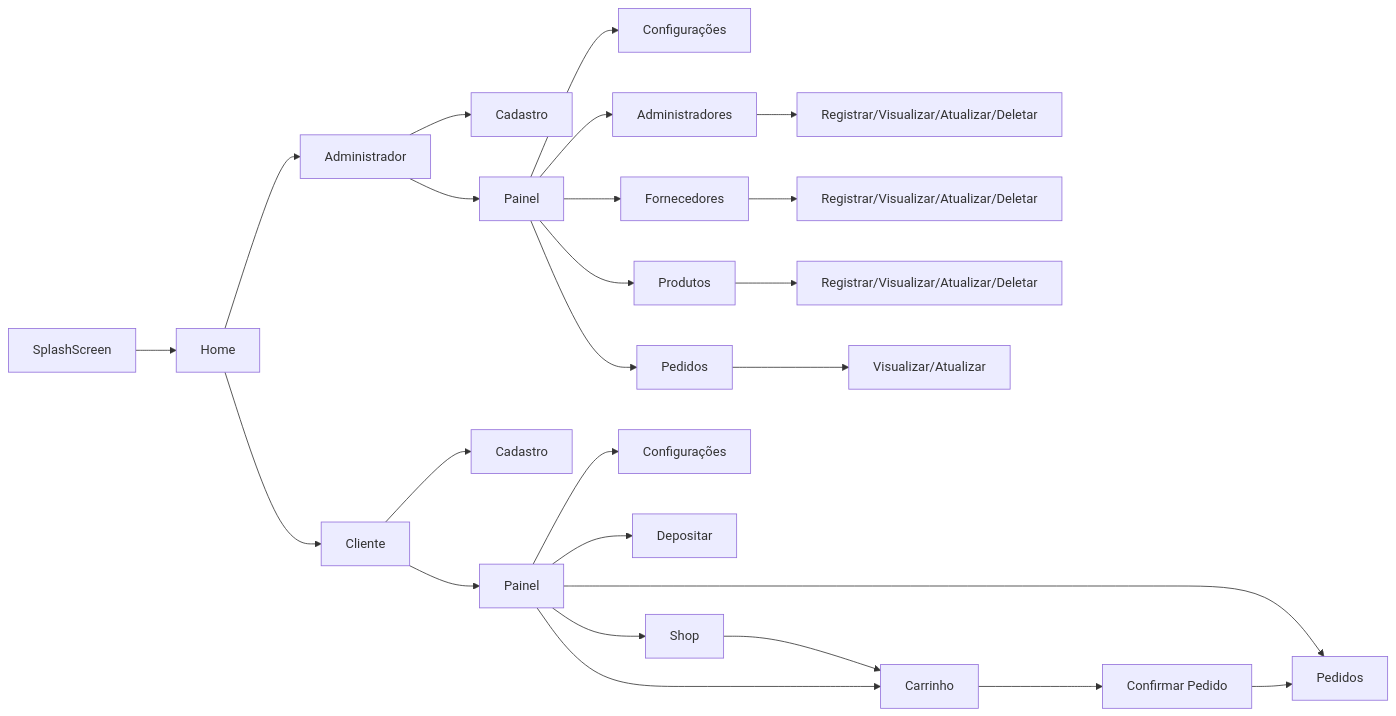
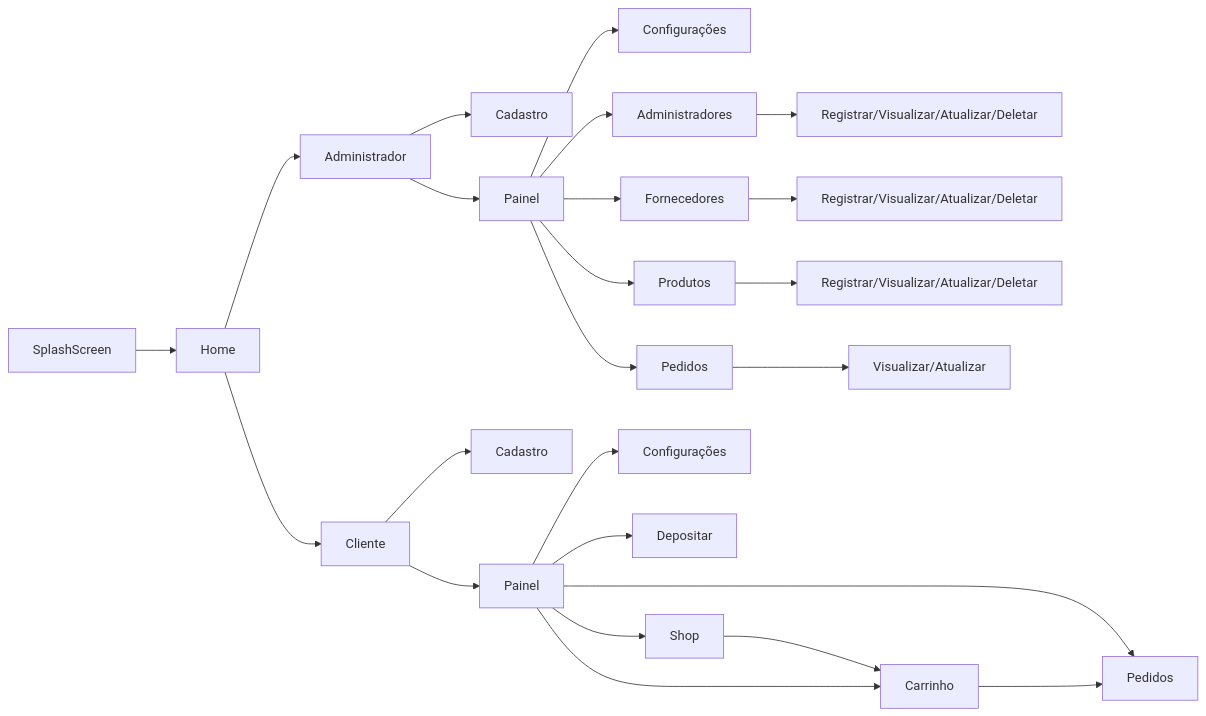
The diagram in Diagram/FLOWCHART.mermaid (WhitePoodleMoth/TrendStyle), drawn with Mermaid before and after one commit.

```diff
--- a/Diagram/FLOWCHART.mermaid
+++ b/Diagram/FLOWCHART.mermaid
@@ -1,36 +1,35 @@
 graph LR
     splash[SplashScreen] --> home[Home]
 
     home --> admin[Administrador]
     home --> client[Cliente]
     
     admin --> admin_register[Cadastro]
 
     admin --> admin_panel[Painel]
 
     admin_panel --> admin_config[Configurações]
     admin_panel --> admin_admin[Administradores]
     admin_panel --> admin_vendor[Fornecedores]
     admin_panel --> admin_products[Produtos]
     admin_panel --> admin_order[Pedidos]
     
     admin_admin --> admin_admin_manage[Registrar/Visualizar/Atualizar/Deletar]
     
     admin_vendor --> admin_vendor_manage[Registrar/Visualizar/Atualizar/Deletar]
 
     admin_products --> admin_products_manage[Registrar/Visualizar/Atualizar/Deletar]
 
     admin_order --> admin_order_manage[Visualizar/Atualizar]
     
     client --> client_register[Cadastro]
 
     client --> client_menu[Painel]
 
     client_menu --> client_config[Configurações]
     client_menu --> client_deposit[Depositar]
     client_menu --> client_shop[Shop]
     client_shop --> client_cart[Carrinho]
     client_menu --> client_cart
     client_menu --> client_order[Pedidos]
-    client_cart --> client_cart_confirmation[Confirmar Pedido]
-    client_cart_confirmation --> client_order
+    client_cart --> client_order
```
